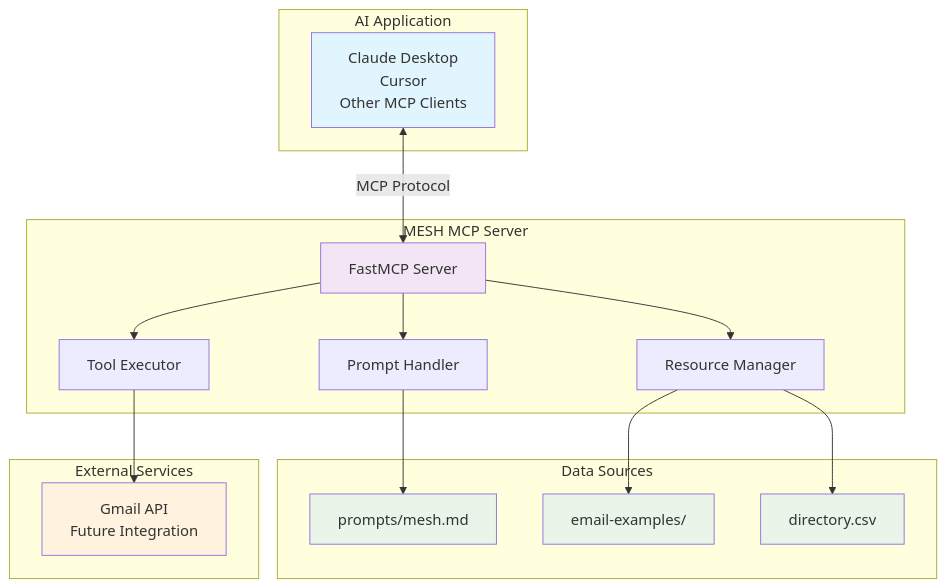
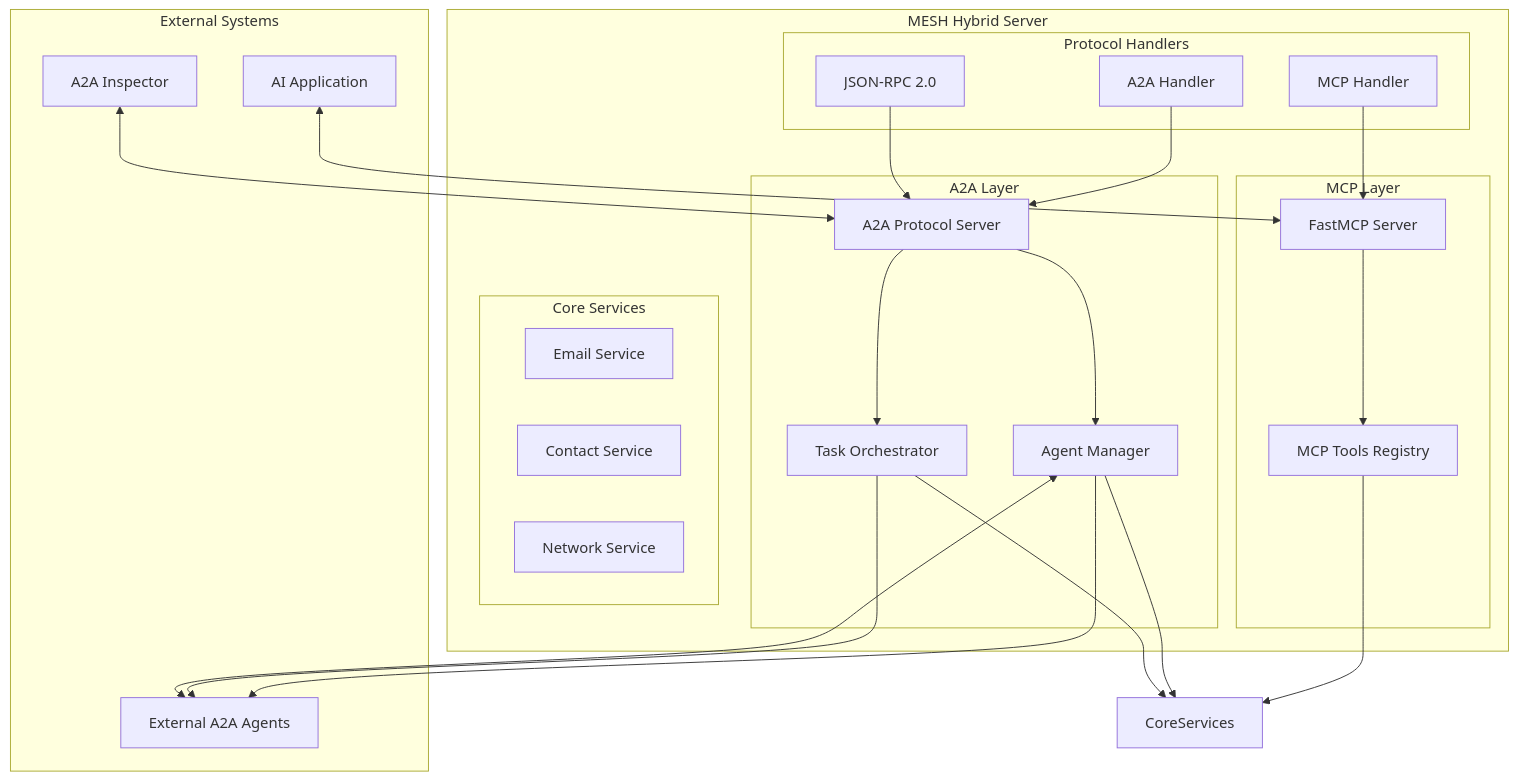
One commit to vishalm/agentic-protocol-demos changed the third of 3 diagrams in README.md. Above: the diagram before and after it, drawn with Mermaid. The commit also changed other lines of this file and 19 other files, not shown here.

````diff
--- a/README.md
+++ b/README.md
@@ -113,39 +146,52 @@
 ```mermaid
 graph TB
-    subgraph "AI Application"
-        A[Claude Desktop<br/>Cursor<br/>Other MCP Clients]
+    subgraph "MESH Hybrid Server"
+        subgraph "MCP Layer"
+            MCP[FastMCP Server]
+            MCPTools[MCP Tools Registry]
+        end
+        
+        subgraph "A2A Layer"
+            A2AServer[A2A Protocol Server]
+            AgentManager[Agent Manager]
+            TaskOrchestrator[Task Orchestrator]
+        end
+        
+        subgraph "Core Services"
+            EmailService[Email Service]
+            ContactService[Contact Service]
+            NetworkService[Network Service]
+        end
+        
+        subgraph "Protocol Handlers"
+            MCPHandler[MCP Handler]
+            A2AHandler[A2A Handler]
+            JSONRPC[JSON-RPC 2.0]
+        end
     end
     
-    subgraph "MESH MCP Server"
-        B[FastMCP Server]
-        C[Prompt Handler]
-        D[Resource Manager]
-        E[Tool Executor]
+    subgraph "External Systems"
+        AIApp[AI Application]
+        A2AInspector[A2A Inspector]
+        ExternalAgents[External A2A Agents]
     end
     
-    subgraph "Data Sources"
-        F[prompts/mesh.md]
-        G[email-examples/]
-        H[directory.csv]
-    end
+    AIApp <--> MCP
+    A2AInspector <--> A2AServer
+    ExternalAgents <--> AgentManager
     
-    subgraph "External Services"
-        I[Gmail API<br/>Future Integration]
-    end
+    MCP --> MCPTools
+    A2AServer --> AgentManager
+    A2AServer --> TaskOrchestrator
     
-    A <-->|MCP Protocol| B
-    B --> C
-    B --> D
-    B --> E
-    C --> F
-    D --> G
-    D --> H
-    E --> I
+    AgentManager --> ExternalAgents
+    TaskOrchestrator --> ExternalAgents
     
-    style A fill:#e1f5fe
-    style B fill:#f3e5f5
-    style F fill:#e8f5e8
-    style G fill:#e8f5e8
-    style H fill:#e8f5e8
-    style I fill:#fff3e0
+    MCPTools --> CoreServices
+    AgentManager --> CoreServices
+    TaskOrchestrator --> CoreServices
+    
+    MCPHandler --> MCP
+    A2AHandler --> A2AServer
+    JSONRPC --> A2AServer
 ```
````
